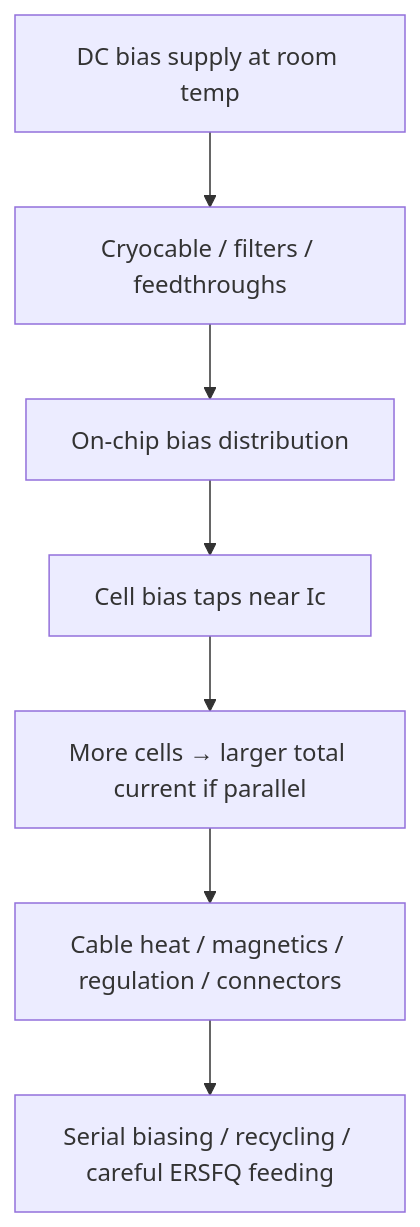
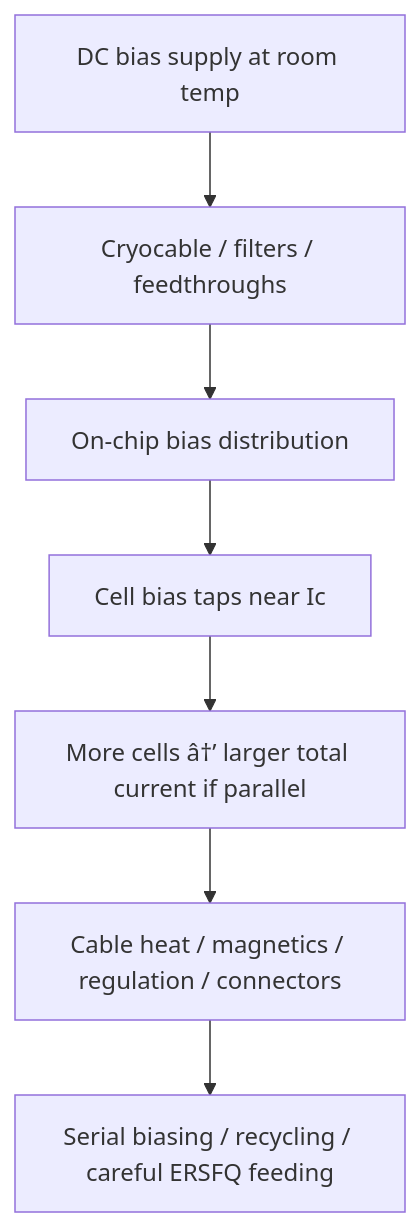
One commit to Single-Flux-Quantum/sfq-learn-public changed the first of 2 diagrams in docs/bridge/dc-bias-current-delivery.md. Above: the diagram before and after it, drawn with Mermaid. The commit also changed other lines of this file and 41 other files, not shown here.

````diff
--- a/docs/bridge/dc-bias-current-delivery.md
+++ b/docs/bridge/dc-bias-current-delivery.md
@@ -89,9 +89,9 @@
 ```mermaid
 flowchart TD
   Supply[DC bias supply at room temp] --> Cable[Cryocable / filters / feedthroughs]
   Cable --> Net[On-chip bias distribution]
   Net --> Taps[Cell bias taps near Ic]
-  Taps --> Scale[More cells → larger total current if parallel]
+  Taps --> Scale[More cells â†’ larger total current if parallel]
   Scale --> Pain[Cable heat / magnetics / regulation / connectors]
   Pain --> Tricks[Serial biasing / recycling / careful ERSFQ feeding]
 ```
````
